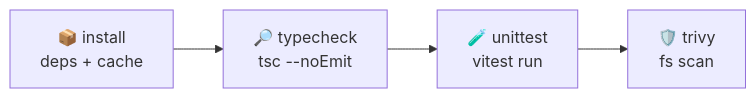
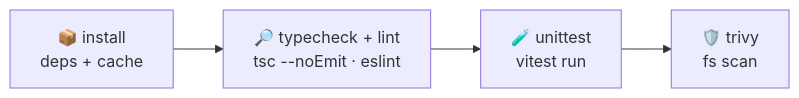
Before and after one commit to vinxenc/vnstock-web: the first of 2 diagrams in README.md, drawn with Mermaid. The commit also changed 2 other files, not shown here.

Commit message:
ci: run eslint in the typecheck job
Add a `pnpm lint` step to the typecheck job so ESLint runs on every PR
alongside `tsc --noEmit` — static checks share one job and the cached deps.
Add a structural test asserting the lint step, and update the README CI
diagram (typecheck + lint).

````diff
--- a/README.md
+++ b/README.md
@@ -118,6 +118,6 @@
 ```mermaid
 flowchart LR
-  install["📦 install<br/>deps + cache"] --> typecheck["🔎 typecheck<br/>tsc --noEmit"]
+  install["📦 install<br/>deps + cache"] --> typecheck["🔎 typecheck + lint<br/>tsc --noEmit · eslint"]
   typecheck --> unittest["🧪 unittest<br/>vitest run"]
   unittest --> trivy["🛡️ trivy<br/>fs scan"]
 ```
````
